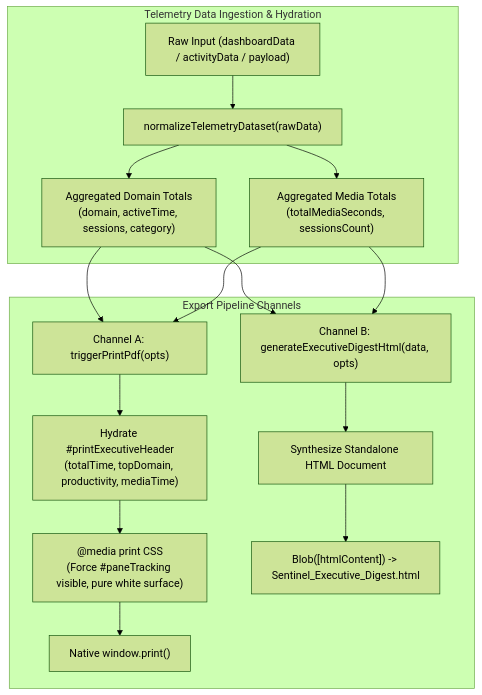
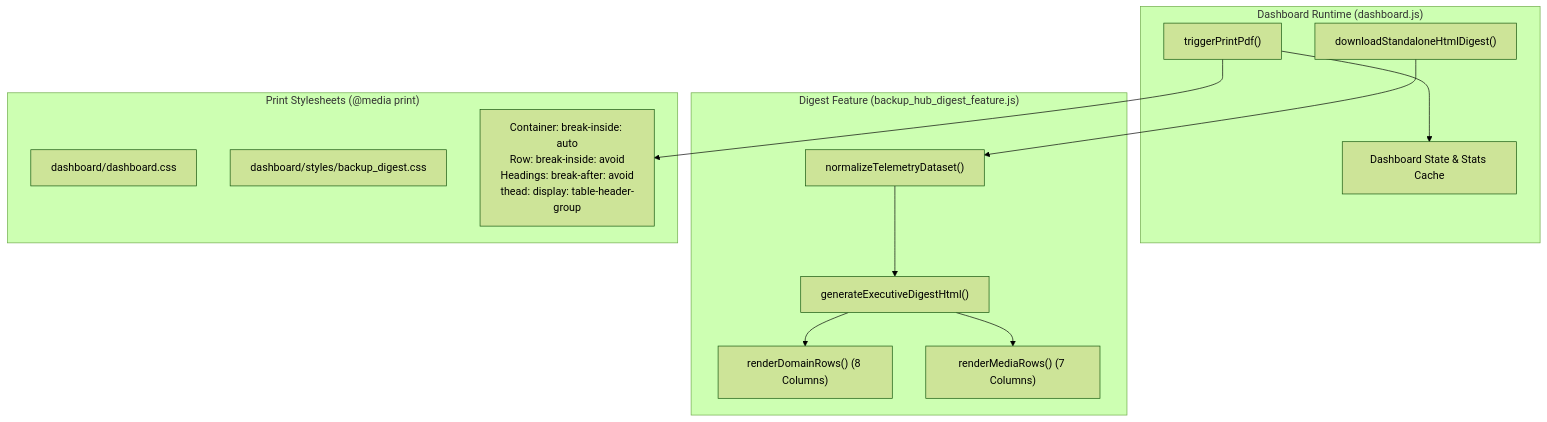
The diagram in Browser Detection/temp_prompt/export_reports_data_and_layout_fix/TRD.md (aiprincekumar/Win-App-Tracker), drawn with Mermaid (forest theme) before and after one commit. The commit also changed other lines of this file and 11 other files, not shown here.

Commit message:
feat(reports): overhaul print page-break flow and expand telemetry tables in landscape mode

````diff
--- a/Browser Detection/temp_prompt/export_reports_data_and_layout_fix/TRD.md
+++ b/Browser Detection/temp_prompt/export_reports_data_and_layout_fix/TRD.md
@@ -18,23 +14,28 @@
 ```mermaid
 flowchart TD
-    subgraph Ingestion ["Telemetry Data Ingestion & Hydration"]
-        Raw["Raw Input (dashboardData / activityData / payload)"]
-        Norm["normalizeTelemetryDataset(rawData)"]
-        Raw --> Norm
-        Norm --> AggDomains["Aggregated Domain Totals<br/>(domain, activeTime, sessions, category)"]
-        Norm --> AggMedia["Aggregated Media Totals<br/>(totalMediaSeconds, sessionsCount)"]
+    subgraph DashboardRuntime ["Dashboard Runtime (dashboard.js)"]
+        State["Dashboard State & Stats Cache"]
+        PrintTrigger["triggerPrintPdf()"]
+        ExportHtmlTrigger["downloadStandaloneHtmlDigest()"]
     end
 
-    subgraph ExportChannels ["Export Pipeline Channels"]
-        AggDomains --> ChannelA["Channel A: triggerPrintPdf(opts)"]
-        AggMedia --> ChannelA
-        ChannelA --> DOMHydration["Hydrate #printExecutiveHeader<br/>(totalTime, topDomain, productivity, mediaTime)"]
-        DOMHydration --> PrintCSS["@media print CSS<br/>(Force #paneTracking visible, pure white surface)"]
-        PrintCSS --> WindowPrint["Native window.print()"]
+    subgraph FeatureModule ["Digest Feature (backup_hub_digest_feature.js)"]
+        Normalizer["normalizeTelemetryDataset()"]
+        HtmlGenerator["generateExecutiveDigestHtml()"]
+        DomainTableGen["renderDomainRows() (8 Columns)"]
+        MediaTableGen["renderMediaRows() (7 Columns)"]
+    end
 
-        AggDomains --> ChannelB["Channel B: generateExecutiveDigestHtml(data, opts)"]
-        AggMedia --> ChannelB
-        ChannelB --> HTMLString["Synthesize Standalone HTML Document"]
-        HTMLString --> BlobDownload["Blob([htmlContent]) -> Sentinel_Executive_Digest.html"]
+    subgraph Stylesheets ["Print Stylesheets (@media print)"]
+        MainCSS["dashboard/dashboard.css"]
+        BackupCSS["dashboard/styles/backup_digest.css"]
+        BreakRules["Container: break-inside: auto<br/>Row: break-inside: avoid<br/>Headings: break-after: avoid<br/>thead: display: table-header-group"]
     end
+
+    PrintTrigger --> State
+    PrintTrigger --> BreakRules
+    ExportHtmlTrigger --> Normalizer
+    Normalizer --> HtmlGenerator
+    HtmlGenerator --> DomainTableGen
+    HtmlGenerator --> MediaTableGen
 ```
````
